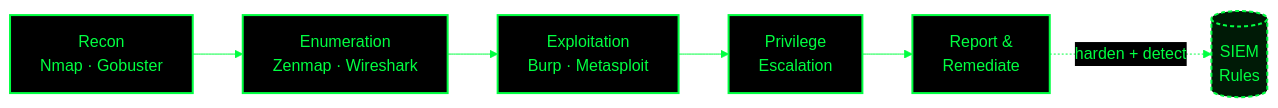
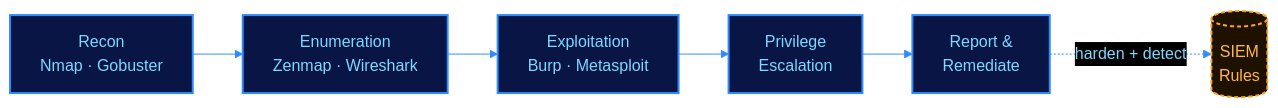
Before and after one commit to karabo17-x/karabo17-x: the second of 5 diagrams in README.md, drawn with Mermaid. The commit also changed other lines of this file, not shown here.

````diff
--- a/README.md
+++ b/README.md
@@ -64,14 +63,14 @@
 ```mermaid
-%%{init: {'theme':'base','themeVariables':{'background':'#000000','primaryColor':'#000000','primaryTextColor':'#00ff41','primaryBorderColor':'#00ff41','lineColor':'#00ff41','secondaryColor':'#000000','tertiaryColor':'#000000','fontFamily':'Courier New, monospace'}}}%%
+%%{init: {'theme':'base','themeVariables':{'background':'#000000','primaryColor':'#081545','primaryTextColor':'#7fd8ff','primaryBorderColor':'#2f8bff','lineColor':'#2f8bff','secondaryColor':'#000000','tertiaryColor':'#000000','fontFamily':'Courier New, monospace'}}}%%
 flowchart LR
     R["Recon<br/>Nmap · Gobuster"] --> E["Enumeration<br/>Zenmap · Wireshark"]
     E --> X["Exploitation<br/>Burp · Metasploit"]
     X --> P["Privilege<br/>Escalation"]
     P --> REP["Report &<br/>Remediate"]
     REP -.->|"harden + detect"| SIEM[("SIEM<br/>Rules")]
 
-    classDef step fill:#000,stroke:#00ff41,stroke-width:2px,color:#00ff41;
-    classDef sink fill:#001a06,stroke:#00ff41,stroke-width:2px,stroke-dasharray:4 3,color:#00ff41;
+    classDef step fill:#081545,stroke:#2f8bff,stroke-width:2px,color:#7fd8ff;
+    classDef sink fill:#1f1100,stroke:#ffa31a,stroke-width:2px,stroke-dasharray:4 3,color:#ffb84d;
     class R,E,X,P,REP step;
     class SIEM sink;
 ```
````
